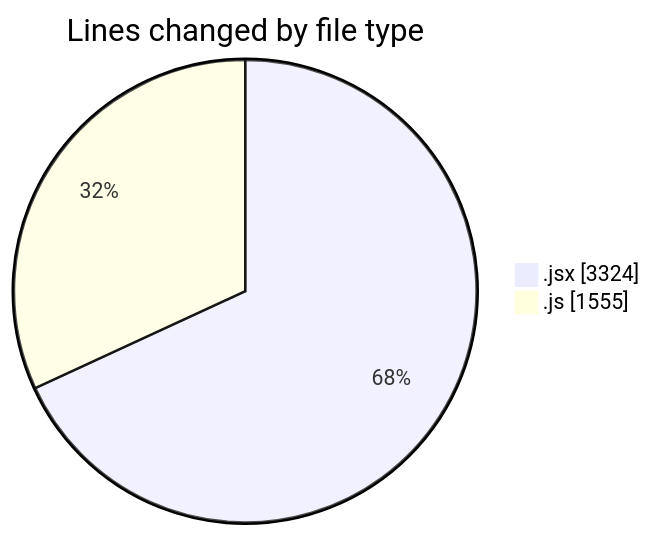
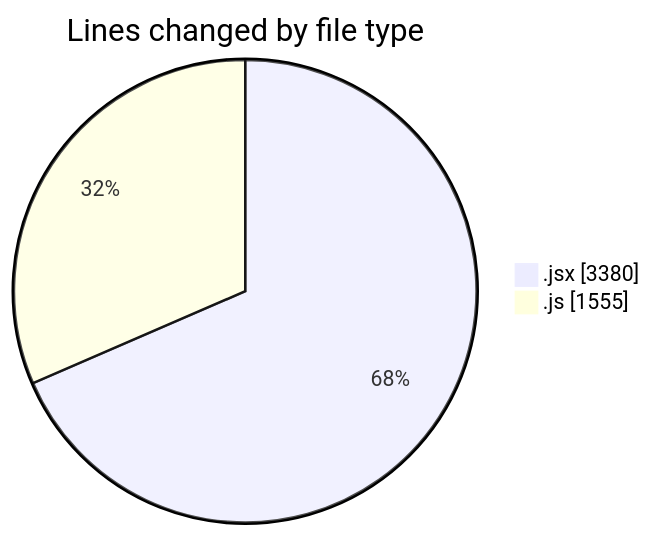
One commit to nxtqubesakshisongat/code-tracking changed the first of 2 diagrams in 2025-07-11/argos/README.md. Above: the diagram before and after it, drawn with Mermaid. The commit also changed other lines of this file and 1 other file, not shown here.

````diff
--- a/2025-07-11/argos/README.md
+++ b/2025-07-11/argos/README.md
@@ -27,6 +27,6 @@
 ```mermaid
 pie showData
 title Lines changed by file type
-".jsx" : 3324
+".jsx" : 3380
 ".js" : 1555
 ```
````
